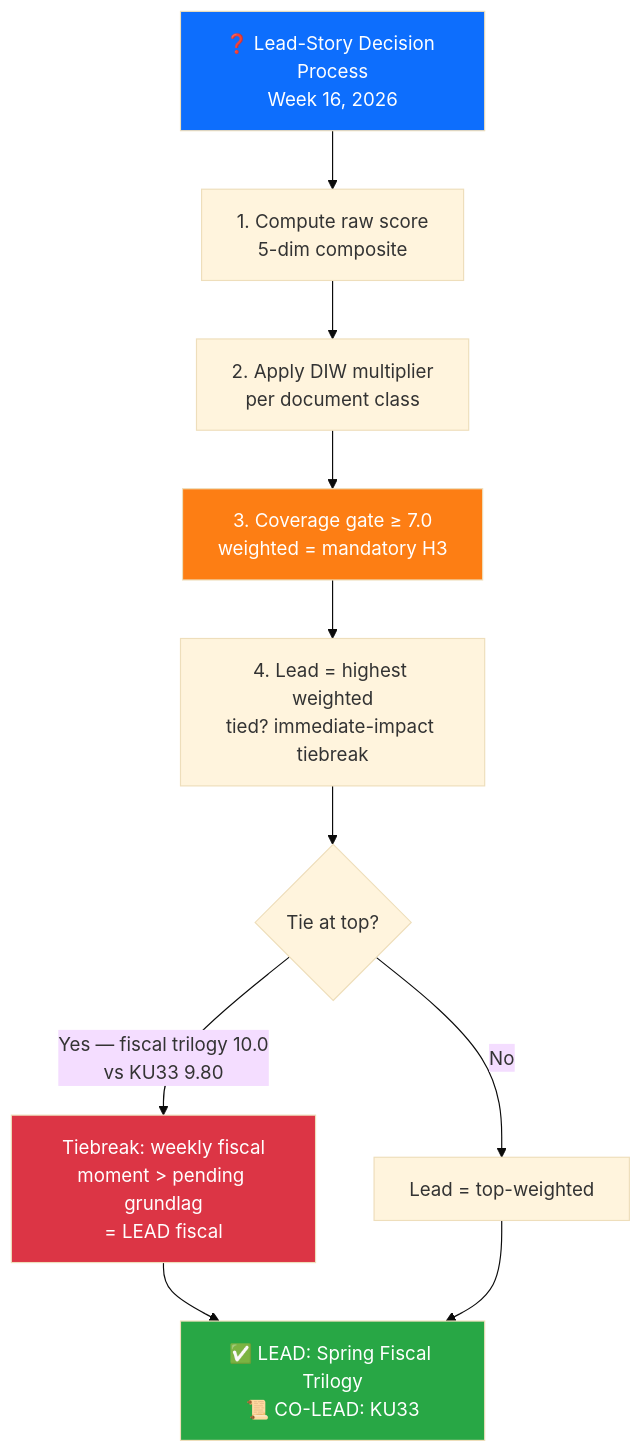
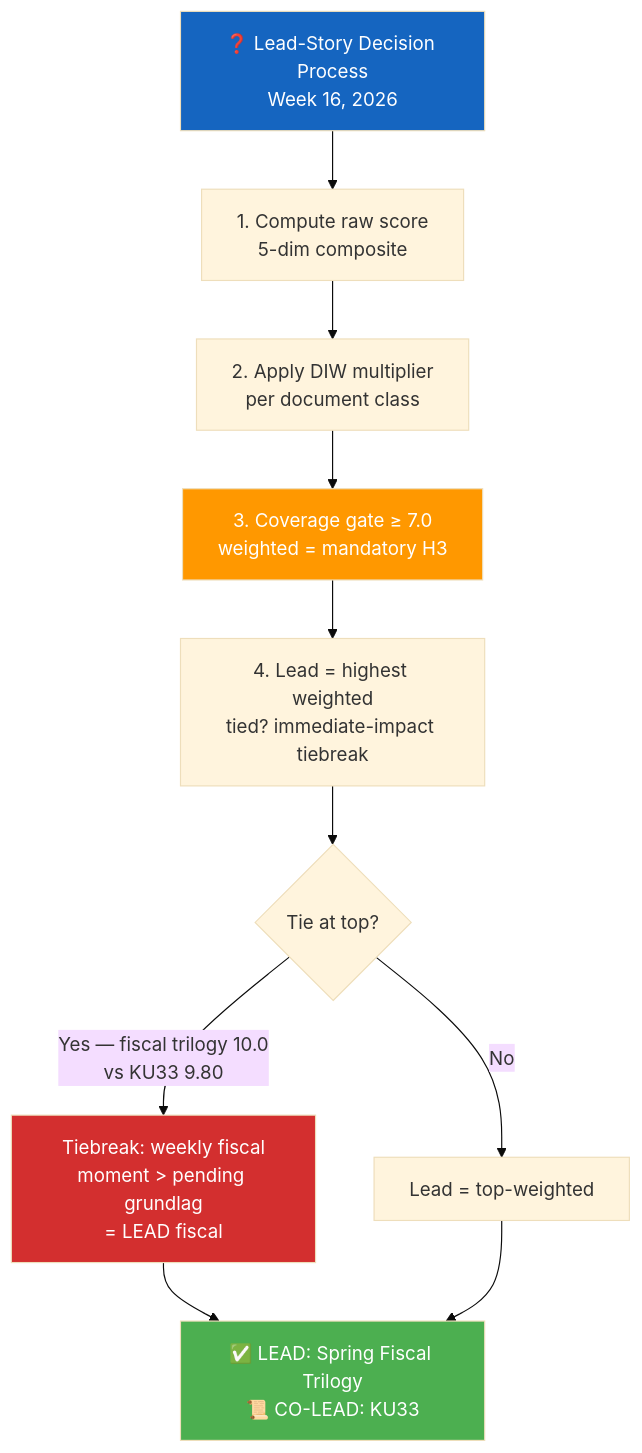
One commit to Hack23/riksdagsmonitor changed the diagram in analysis/daily/2026-04-18/weekly-review/significance-scoring.md. Above: the diagram before and after it, drawn with Mermaid (base theme). The commit also changed 785 other files, not shown here.

First line of the commit message:
Normalize mermaid colors across 786 analysis artifacts to ISMS Style Guide palette

````diff
--- a/analysis/daily/2026-04-18/weekly-review/significance-scoring.md
+++ b/analysis/daily/2026-04-18/weekly-review/significance-scoring.md
@@ -107,18 +107,18 @@
 ```mermaid
 flowchart TD
     Q["❓ Lead-Story Decision Process<br/>Week 16, 2026"]
     Q --> R1["1. Compute raw score<br/>5-dim composite"]
     R1 --> R2["2. Apply DIW multiplier<br/>per document class"]
     R2 --> R3["3. Coverage gate ≥ 7.0<br/>weighted = mandatory H3"]
     R3 --> R4["4. Lead = highest weighted<br/>tied? immediate-impact tiebreak"]
     R4 --> R5{"Tie at top?"}
     R5 -->|"Yes — fiscal trilogy 10.0<br/>vs KU33 9.80"| R6["Tiebreak: weekly fiscal<br/>moment > pending grundlag<br/>= LEAD fiscal"]
     R5 -->|"No"| R7["Lead = top-weighted"]
     R6 --> R8["✅ LEAD: Spring Fiscal Trilogy<br/>📜 CO-LEAD: KU33"]
     R7 --> R8
 
-    style Q fill:#0d6efd,color:#fff
-    style R3 fill:#fd7e14,color:#fff
-    style R6 fill:#dc3545,color:#fff
-    style R8 fill:#28a745,color:#fff
+    style Q fill:#1565C0,color:#FFFFFF
+    style R3 fill:#FF9800,color:#FFFFFF
+    style R6 fill:#D32F2F,color:#FFFFFF
+    style R8 fill:#4CAF50,color:#FFFFFF
 ```
````
